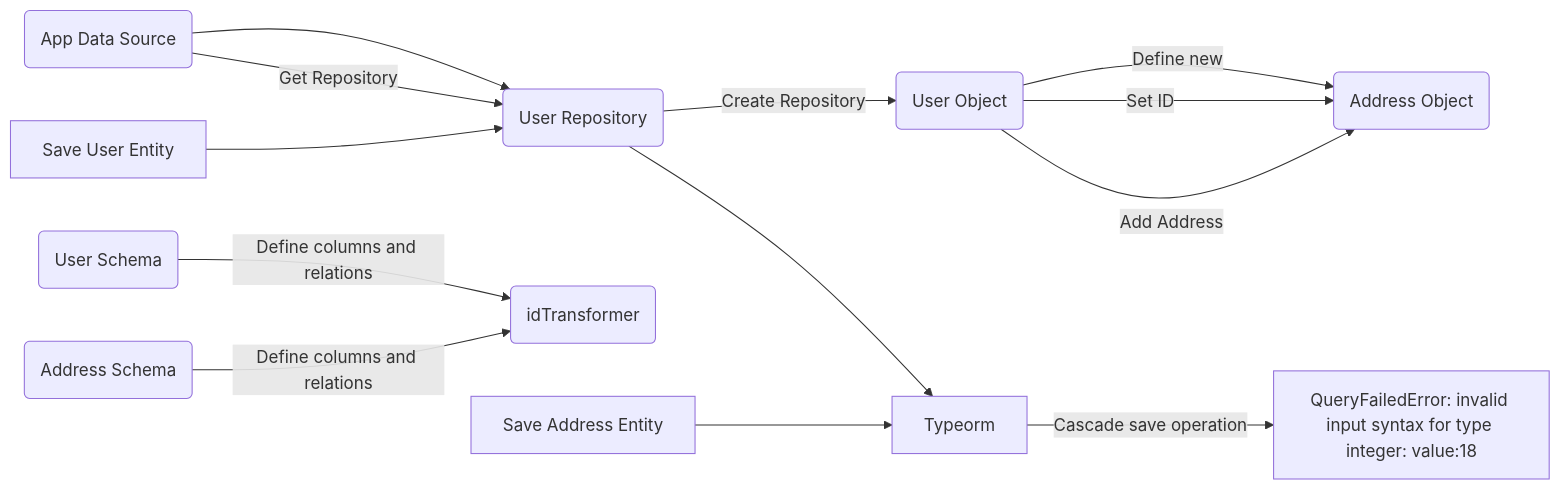
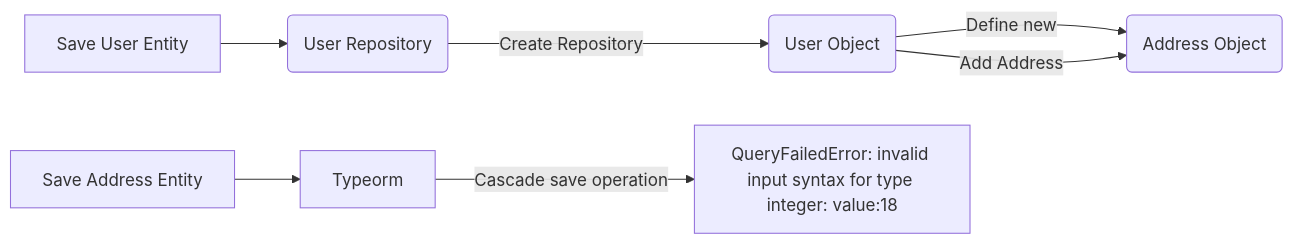
Before and after one commit to thiagomini/id-transformation-issue: the diagram in README.md, drawn with Mermaid.

Commit message:
docs: simplify graph

````diff
--- a/README.md
+++ b/README.md
@@ -12,26 +12,16 @@
 ```mermaid
 graph LR
-A(User Object)
-B(User Repository)
-C(Address Object)
-D(App Data Source)
-E["QueryFailedError: invalid input syntax for type integer: value:18"]
-F(User Schema)
-G(Address Schema)
-H(idTransformer)
-I[Save User Entity]
-J[Save Address Entity]
-K[Typeorm]
-A -- "Define new" --> C
-A -- "Set ID" --> C
-A -- "Add Address" --> C
-B -- "Create Repository" --> A
-B --> K
-D --> B
-D -- "Get Repository" --> B
-F -- "Define columns and relations" --> H
-G -- "Define columns and relations" --> H
-I --> B
-J --> K
-K -- "Cascade save operation" --> E
+  A(User Object)
+  B(User Repository)
+  C(Address Object)
+  E["QueryFailedError: invalid input syntax for type integer: value:18"]
+  I[Save User Entity]
+  J[Save Address Entity]
+  K[Typeorm]
+  A -- "Define new" --> C
+  A -- "Add Address" --> C
+  B -- "Create Repository" --> A
+  I --> B
+  J --> K
+  K -- "Cascade save operation" --> E
 ```
````
